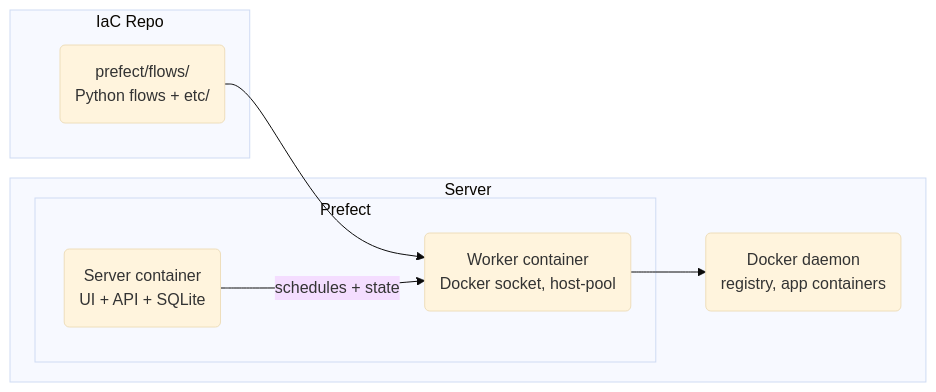
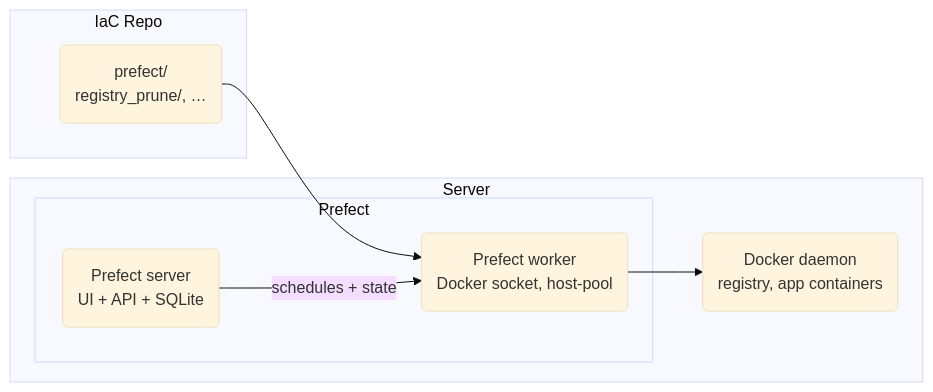
One commit to rednaw/iac changed the diagram in docs/workflows.md. Above: the diagram before and after it, drawn with Mermaid (base theme). The commit also changed other lines of this file and 7 other files, not shown here.

````diff
--- a/docs/workflows.md
+++ b/docs/workflows.md
@@ -7,18 +7,18 @@
 ```mermaid
 flowchart LR
     subgraph REPO["IaC Repo"]
-        FLOWS(prefect/flows/<br/>Python flows + etc/)
+        FLOWS(prefect/<br/>registry_prune/, …)
     end
 
     subgraph SERVER["Server"]
         subgraph PREFECT["Prefect"]
-            PSERVER(Server container<br/>UI + API + SQLite)
-            PWORKER(Worker container<br/>Docker socket, host-pool)
+            PSERVER(Prefect server<br/>UI + API + SQLite)
+            PWORKER(Prefect worker<br/>Docker socket, host-pool)
         end
         DOCKER(Docker daemon<br/>registry, app containers)
     end
 
     FLOWS --> PWORKER
     PWORKER --> DOCKER
     PSERVER -->|schedules + state| PWORKER
 ```
````
